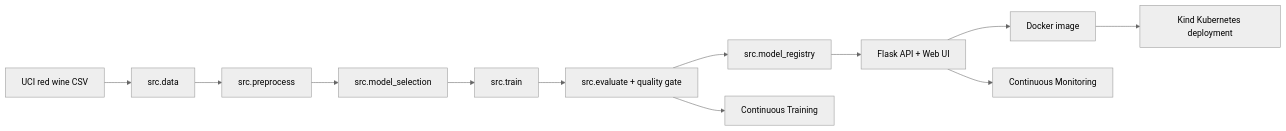
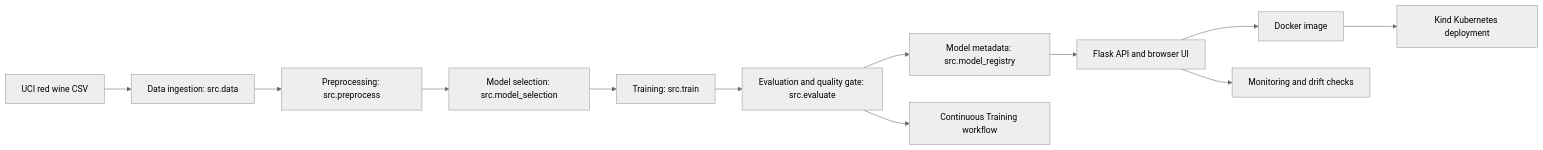
One commit to lorcan973232/mlops-metro-traffic-volume-pipeline changed the diagram in README.md. Above: the diagram before and after it, drawn with Mermaid (neutral theme). The commit also changed other lines of this file, not shown here.

````diff
--- a/README.md
+++ b/README.md
@@ -253,14 +111,14 @@
 ```mermaid
 flowchart LR
-  A["UCI red wine CSV"] --> B["src.data"]
-  B --> C["src.preprocess"]
-  C --> D["src.model_selection"]
-  D --> E["src.train"]
-  E --> F["src.evaluate + quality gate"]
-  F --> G["src.model_registry"]
-  G --> H["Flask API + Web UI"]
+  A["UCI red wine CSV"] --> B["Data ingestion: src.data"]
+  B --> C["Preprocessing: src.preprocess"]
+  C --> D["Model selection: src.model_selection"]
+  D --> E["Training: src.train"]
+  E --> F["Evaluation and quality gate: src.evaluate"]
+  F --> G["Model metadata: src.model_registry"]
+  G --> H["Flask API and browser UI"]
   H --> I["Docker image"]
   I --> J["Kind Kubernetes deployment"]
-  F --> K["Continuous Training"]
-  H --> L["Continuous Monitoring"]
+  F --> K["Continuous Training workflow"]
+  H --> L["Monitoring and drift checks"]
 ```
````
